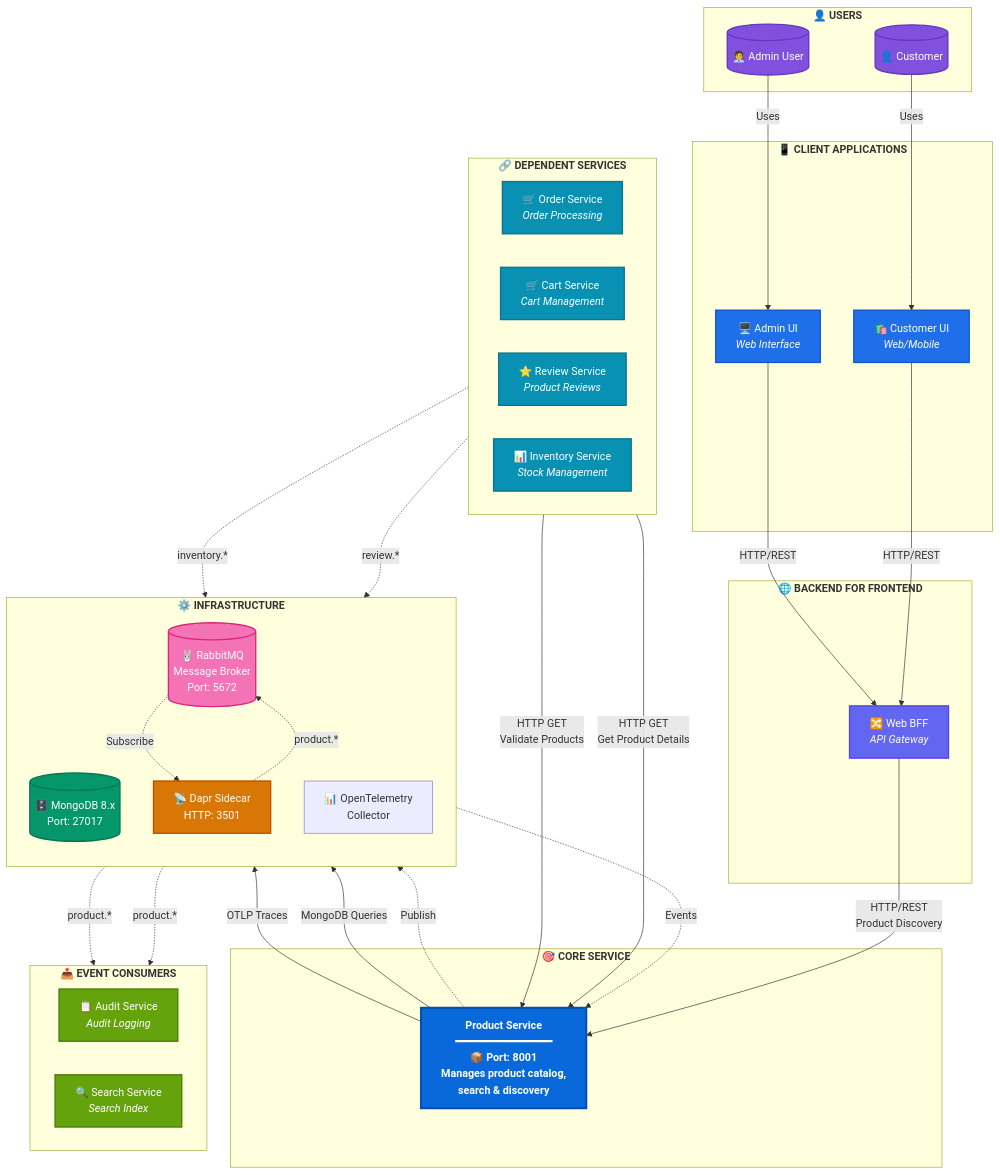
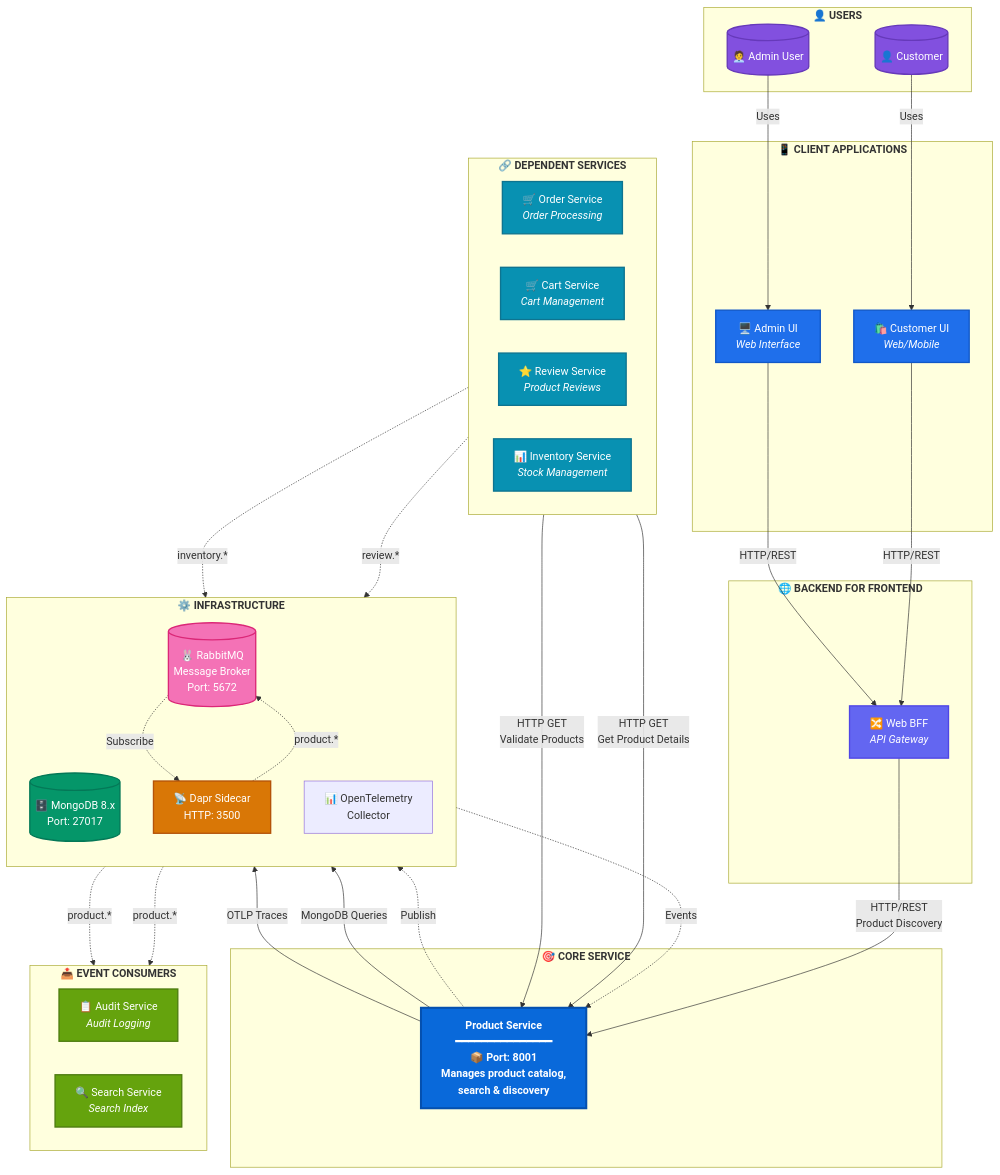
Before and after one commit to xshopai/product-service: the first of 2 diagrams in docs/ARCHITECTURE.md, drawn with Mermaid. The commit also changed other lines of this file and 6 other files, not shown here.

Commit message:
fix: update Dapr HTTP port from 3501 to 3500 across configuration files and documentation

```diff
--- a/docs/ARCHITECTURE.md
+++ b/docs/ARCHITECTURE.md
@@ -220,7 +222,7 @@
         direction TB
         MongoDB[("🗄️ MongoDB 8.x<br/>Port: 27017")]
         RabbitMQ[("🐰 RabbitMQ<br/>Message Broker<br/>Port: 5672")]
-        Dapr["📡 Dapr Sidecar<br/>HTTP: 3501"]
+        Dapr["📡 Dapr Sidecar<br/>HTTP: 3500"]
         OTEL["📊 OpenTelemetry<br/>Collector"]
     end
 
```
